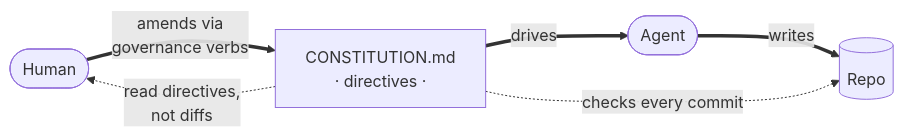
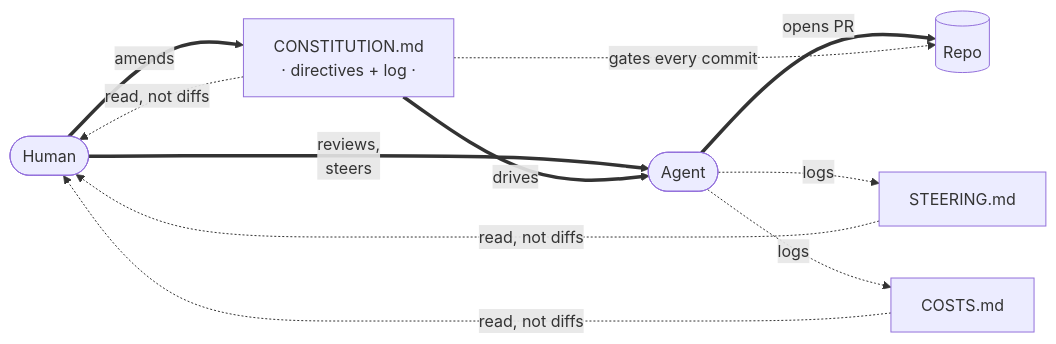
The first of 2 diagrams in README.md (Duaility/governance-kit), drawn with Mermaid before and after one commit. The commit also changed other lines of this file and 3 other files, not shown here.

````diff
--- a/README.md
+++ b/README.md
@@ -20,8 +22,17 @@
 ```mermaid
 flowchart LR
-    H([Human]) ==>|"amends via<br/>governance verbs"| C[CONSTITUTION.md<br/>· directives ·]
-    C ==>|"drives"| A([Agent])
-    A ==>|"writes"| R[(Repo)]
-    C -.->|"checks every commit"| R
-    C -.->|"read directives,<br/>not diffs"| H
+    H([Human])
+    C[CONSTITUTION.md<br/>· directives + log ·]
+    A([Agent])
+    R[(Repo)]
+    S[STEERING.md]
+    Co[COSTS.md]
+
+    H ==>|"amends"| C
+    H ==>|"reviews,<br/>steers"| A
+    C ==>|"drives"| A
+    A ==>|"opens PR"| R
+    A -.->|"logs"| S & Co
+    C -.->|"gates every commit"| R
+    C & S & Co -.->|"read, not diffs"| H
 ```
````
